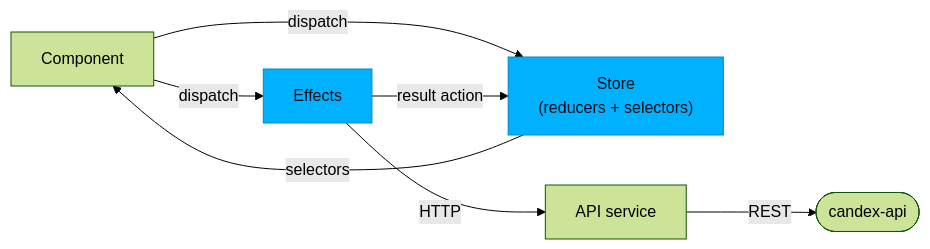
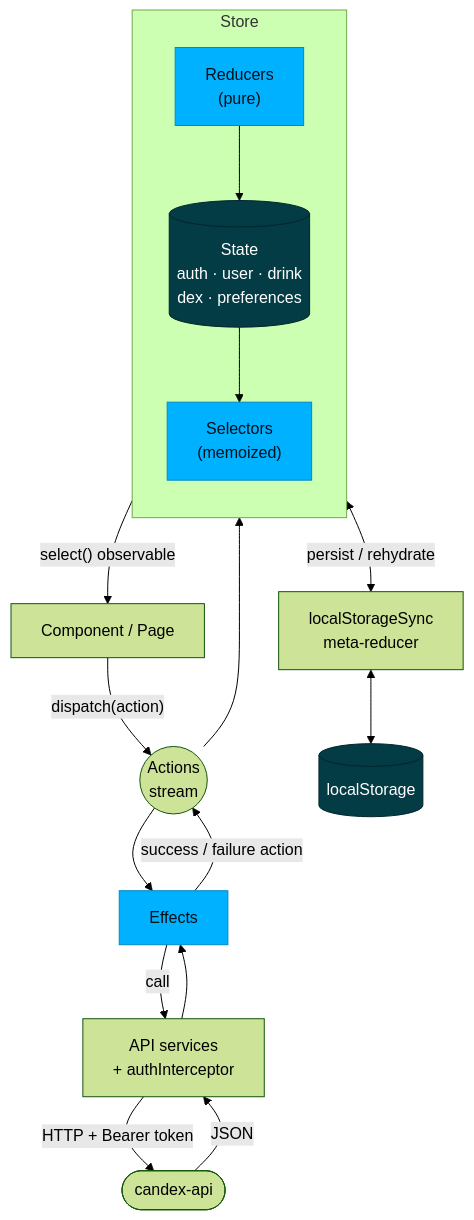
Before and after one commit to RusterX16/candex-handbook: the first of 2 diagrams in src/content/docs/en/front-end.md, drawn with Mermaid (forest theme). The commit also changed other lines of this file and 96 other files, not shown here.

First line of the commit message:
docs: diagrams, code snippets, PDF cover and site icon (v0.23.0)

````diff
--- a/src/content/docs/en/front-end.md
+++ b/src/content/docs/en/front-end.md
@@ -30,18 +30,31 @@
 ```mermaid
-flowchart LR
-  comp["Component"]
-  store["Store<br/>(reducers + selectors)"]
+flowchart TB
+  comp["Component / Page"]
+  act(("Actions<br/>stream"))
+  subgraph store["Store"]
+    direction TB
+    red["Reducers<br/>(pure)"]
+    state[("State<br/>auth · user · drink<br/>dex · preferences")]
+    sel["Selectors<br/>(memoized)"]
+    red --> state --> sel
+  end
+  meta["localStorageSync<br/>meta-reducer"]
+  ls[("localStorage")]
   eff["Effects"]
-  api["API service"]
+  svc["API services<br/>+ authInterceptor"]
   be([candex-api])
 
-  comp -->|dispatch| store
-  comp -->|dispatch| eff
-  eff -->|HTTP| api
-  api -->|REST| be
-  eff -->|result action| store
-  store -->|selectors| comp
+  comp -->|"dispatch(action)"| act
+  act --> red
+  act --> eff
+  eff -->|"call"| svc -->|"HTTP + Bearer token"| be
+  be -->|"JSON"| svc --> eff
+  eff -->|"success / failure action"| act
+  sel -->|"select() observable"| comp
+  state <-->|"persist / rehydrate"| meta <--> ls
 
   classDef svc fill:#00B1FF,stroke:#0089c4,color:#001018;
-  class store,eff svc
+  classDef store fill:#033C44,stroke:#02262c,color:#ffffff;
+  class red,sel,eff svc
+  class state,ls store
 ```
````
